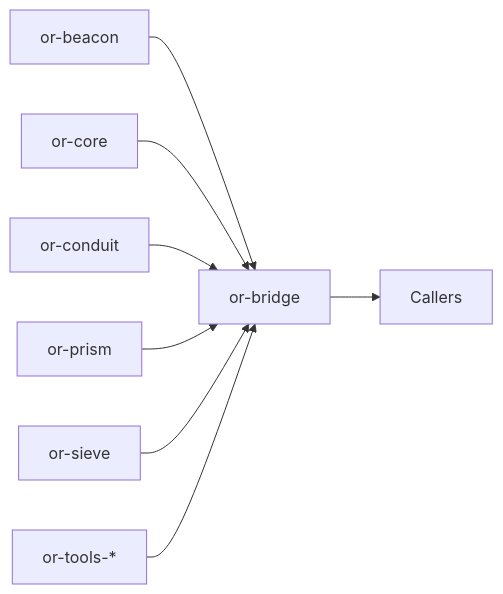
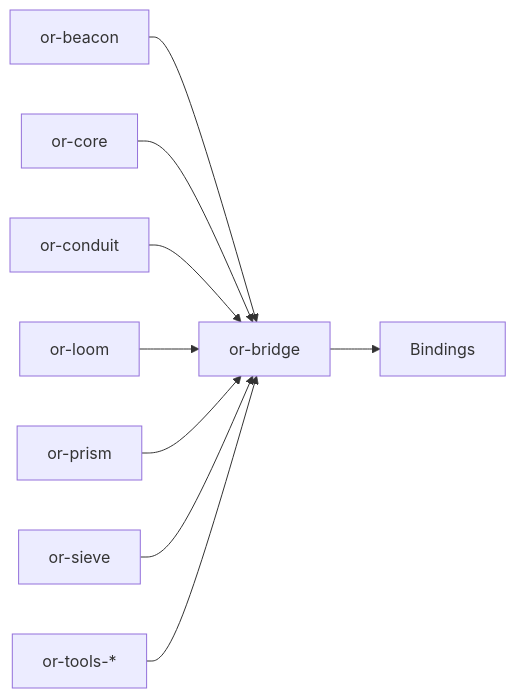
One commit to Regent33/Orchustr changed the diagram in docs/crates/or-bridge/README.md. Above: the diagram before and after it, drawn with Mermaid. The commit also changed other lines of this file and 104 other files, not shown here.

````diff
--- a/docs/crates/or-bridge/README.md
+++ b/docs/crates/or-bridge/README.md
@@ -9,10 +9,11 @@
 ```mermaid
 graph LR
   OR_BEACON[or-beacon] --> THIS[or-bridge]
-  OR_CORE[or-core] --> THIS[or-bridge]
+  OR_CORE[or-core] --> THIS
   OR_CONDUIT[or-conduit] --> THIS
+  OR_LOOM[or-loom] --> THIS
   OR_PRISM[or-prism] --> THIS
   OR_SIEVE[or-sieve] --> THIS
   OR_TOOLS[or-tools-*] --> THIS
-  THIS --> CALLERS[Callers]
+  THIS --> CALLERS[Bindings]
 ```
````
